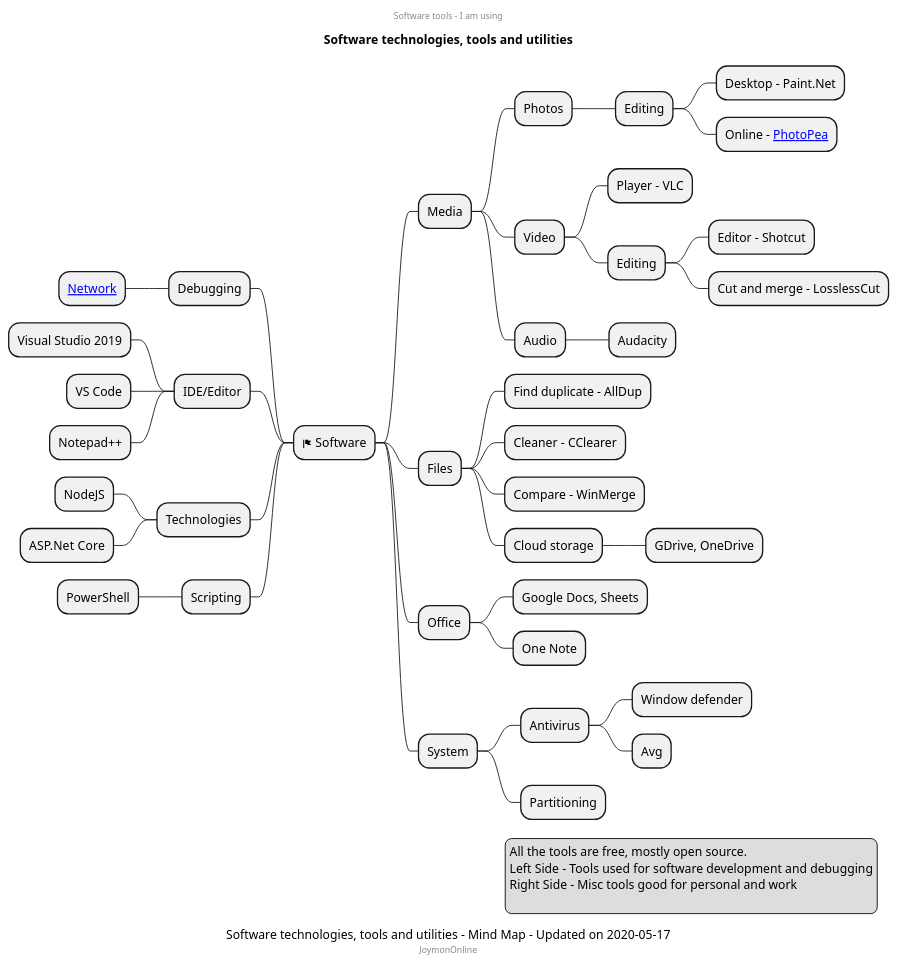
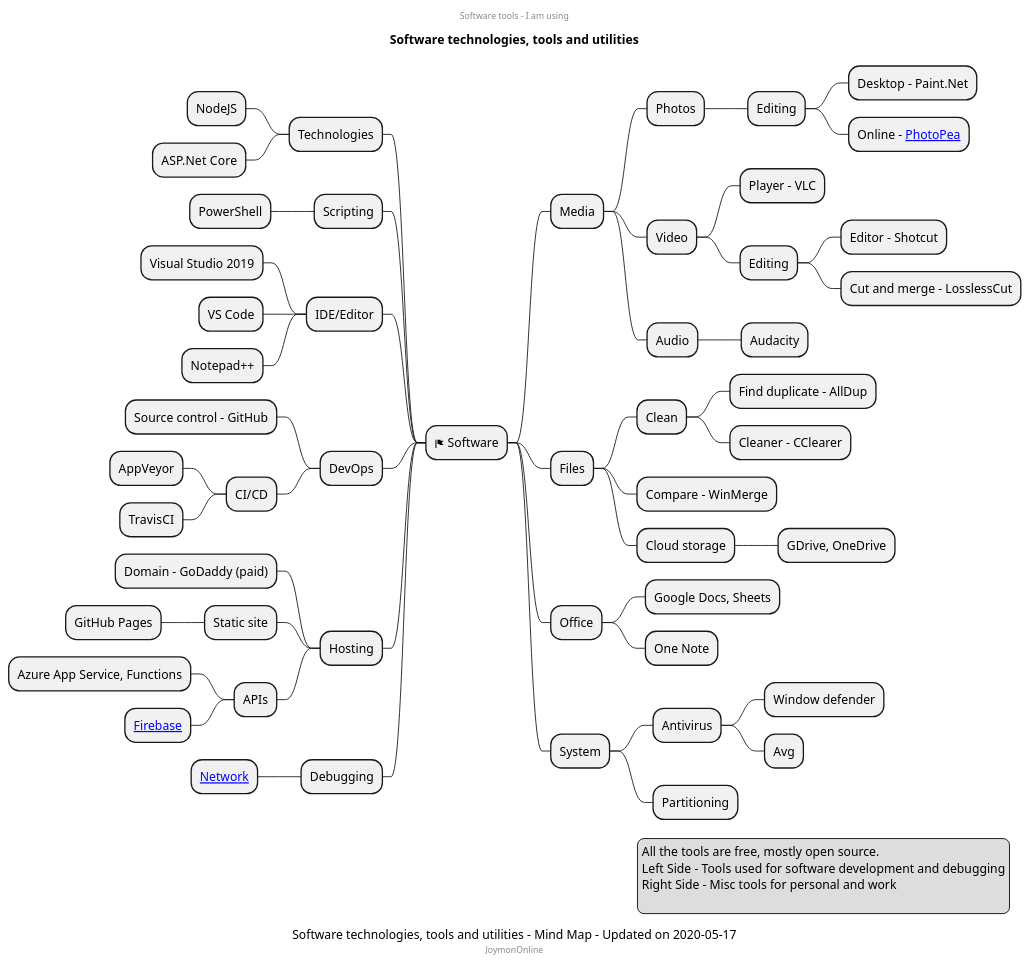
The diagram in software-tools/tools.puml (mind-maps/software), drawn with PlantUML before and after one commit. The commit also changed 1 other file, not shown here.

```diff
--- a/software-tools/tools.puml
+++ b/software-tools/tools.puml
@@ -1,54 +1,67 @@
 @startmindmap
 center header
 Software tools - I am using
 endheader
 title Software technologies, tools and utilities
 caption Software technologies, tools and utilities - Mind Map - Updated on 2020-05-17
 center footer JoymonOnline
 + <&flag> Software
 ++ Media
 +++ Photos
 ++++ Editing
 +++++ Desktop - Paint.Net
 +++++ Online - [[https://www.photopea.com/ PhotoPea]]
 +++ Video
 ++++ Player - VLC
 ++++ Editing
 +++++ Editor - Shotcut
 +++++ Cut and merge - LosslessCut
 +++ Audio
 ++++ Audacity
 ++ Files
-+++ Find duplicate - AllDup
-+++ Cleaner - CClearer
++++ Clean
+++++ Find duplicate - AllDup
+++++ Cleaner - CClearer
 +++ Compare - WinMerge
 +++ Cloud storage
 ++++ GDrive, OneDrive
 ++ Office
 +++ Google Docs, Sheets
 +++ One Note
 ++ System
 +++ Antivirus
 ++++ Window defender
 ++++ Avg
 +++ Partitioning
--- Debugging
---- [[http://www.plantuml.com/plantuml/proxy?fmt=svg&cache=no&src=https://raw.githubusercontent.com/mind-maps/software/master/debugging/windows-network-debugging.puml Network]]
--- IDE/Editor
---- Visual Studio 2019
---- VS Code
---- Notepad++
 -- Technologies
 --- NodeJS
 --- ASP.Net Core
 -- Scripting
 --- PowerShell
+-- IDE/Editor
+--- Visual Studio 2019
+--- VS Code
+--- Notepad++
+-- DevOps
+--- Source control - GitHub
+--- CI/CD
+---- AppVeyor
+---- TravisCI
+-- Hosting
+--- Domain - GoDaddy (paid)
+--- Static site
+---- GitHub Pages
+--- APIs
+---- Azure App Service, Functions
+---- [[https://firebase.google.com/pricing Firebase]]
+-- Debugging
+--- [[http://www.plantuml.com/plantuml/proxy?fmt=svg&cache=no&src=https://raw.githubusercontent.com/mind-maps/software/master/debugging/windows-network-debugging.puml Network]]
 
 legend right
 All the tools are free, mostly open source.
 Left Side - Tools used for software development and debugging
-Right Side - Misc tools good for personal and work
+Right Side - Misc tools for personal and work
   
 endlegend
 
 @endmindmap
```
